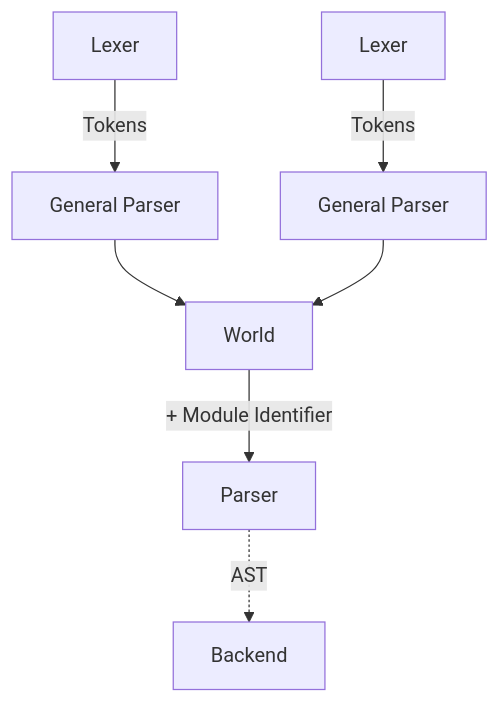
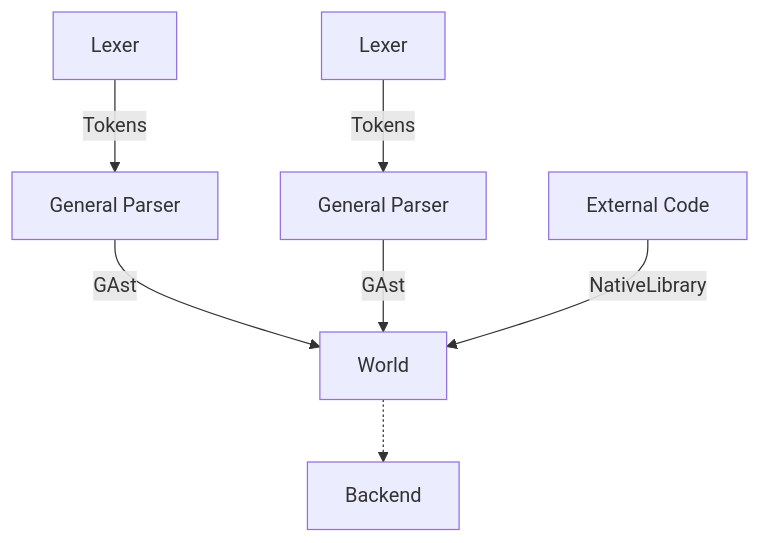
One commit to Jengamon/magus-scheme changed the diagram in README.md. Above: the diagram before and after it, drawn with Mermaid. The commit also changed other lines of this file and 5 other files, not shown here.

````diff
--- a/README.md
+++ b/README.md
@@ -7,9 +7,9 @@
 ```mermaid
 graph TD
     lex[Lexer] -->|Tokens| gparse[General Parser]
     lex2[Lexer] -->|Tokens| gparse2[General Parser]
-    gparse --> wd
-    gparse2 --> wd
-    wd[World] -->|+ Module Identifier| parser[Parser]
-    parser -.->|AST| backend[Backend]
+    gparse -->|GAst| wd
+    gparse2 -->|GAst| wd
+    ext[External Code] --> |NativeLibrary| wd
+    wd[World] -.-> Backend
 ```
````
